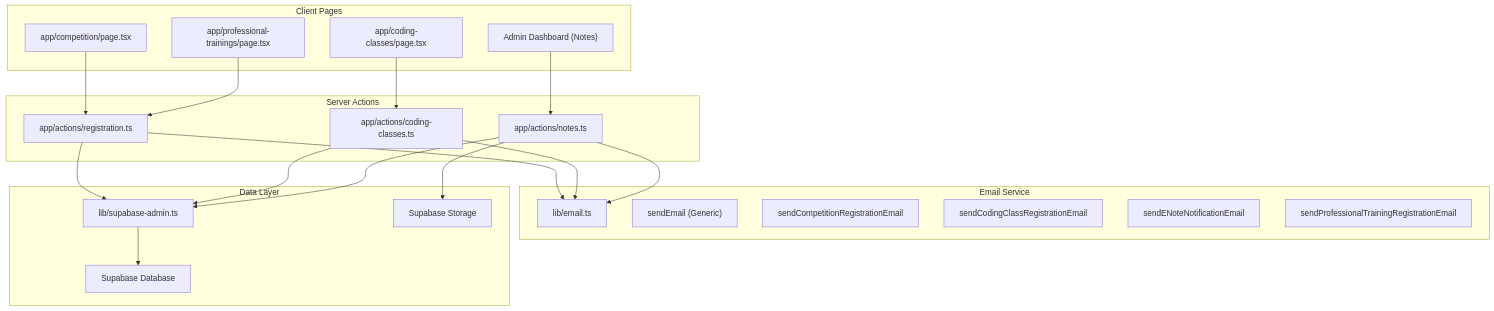
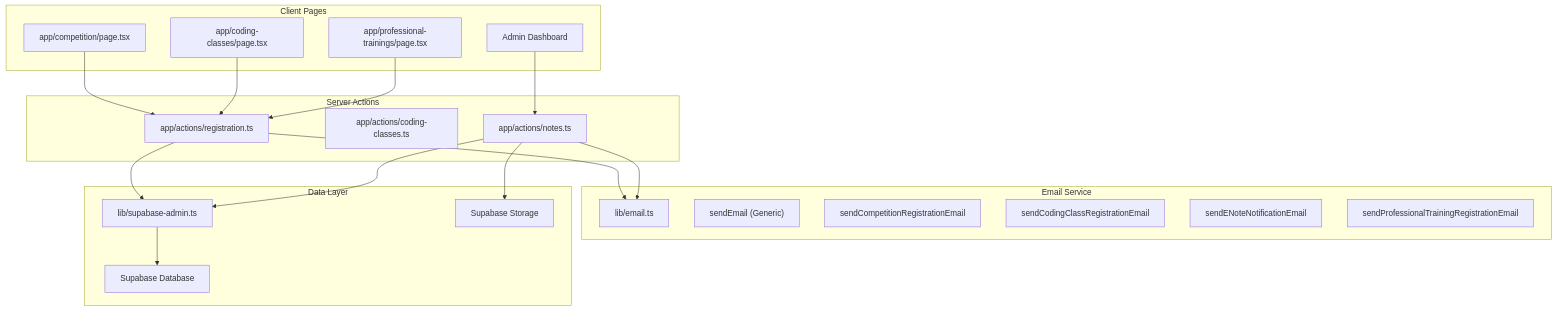
The first of 9 diagrams in .qoder/repowiki/en/content/Service Layer/Email Service.md (Black-box01/rhemaexpertsolutions), drawn with Mermaid before and after one commit. The commit also changed other lines of this file and 22 other files, not shown here.

````diff
--- a/.qoder/repowiki/en/content/Service Layer/Email Service.md
+++ b/.qoder/repowiki/en/content/Service Layer/Email Service.md
@@ -50,39 +43,37 @@
 ```mermaid
 graph TB
 subgraph "Client Pages"
 C1["app/competition/page.tsx"]
 C2["app/coding-classes/page.tsx"]
 C3["app/professional-trainings/page.tsx"]
-C4["Admin Dashboard (Notes)"]
+C4["Admin Dashboard"]
 end
 subgraph "Server Actions"
 A1["app/actions/registration.ts"]
 A2["app/actions/coding-classes.ts"]
 A3["app/actions/notes.ts"]
 end
 subgraph "Email Service"
 E["lib/email.ts"]
 E1["sendEmail (Generic)"]
 E2["sendCompetitionRegistrationEmail"]
 E3["sendCodingClassRegistrationEmail"]
 E4["sendENoteNotificationEmail"]
 E5["sendProfessionalTrainingRegistrationEmail"]
 end
 subgraph "Data Layer"
 S["lib/supabase-admin.ts"]
 DB["Supabase Database"]
 STORAGE["Supabase Storage"]
 end
 C1 --> A1
-C2 --> A2
+C2 --> A1
 C3 --> A1
 C4 --> A3
 A1 --> S
-A2 --> S
 A3 --> S
 A1 --> E
-A2 --> E
 A3 --> E
 S --> DB
 A3 --> STORAGE
 ```
````
